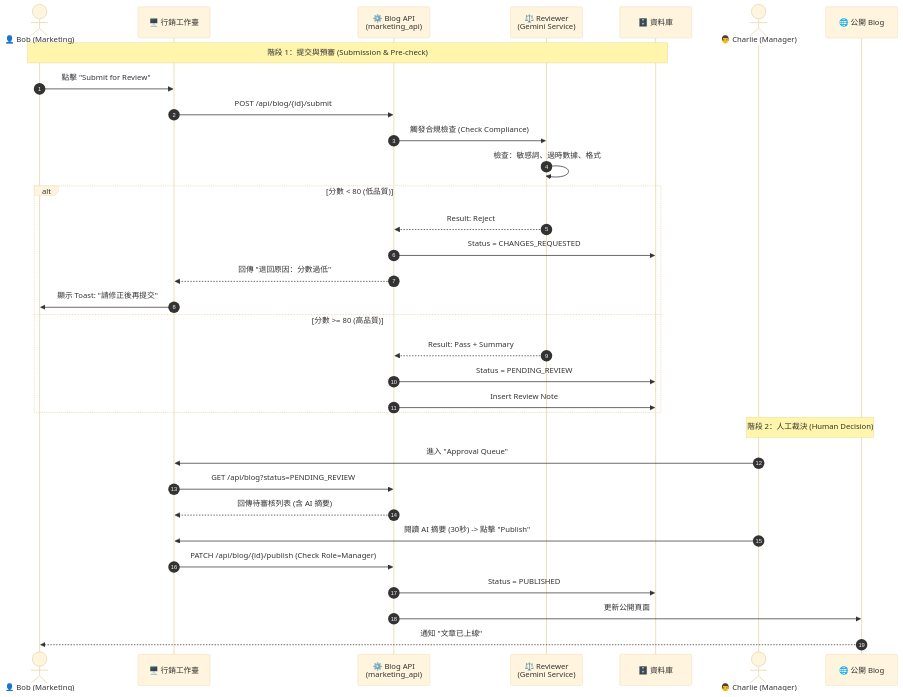
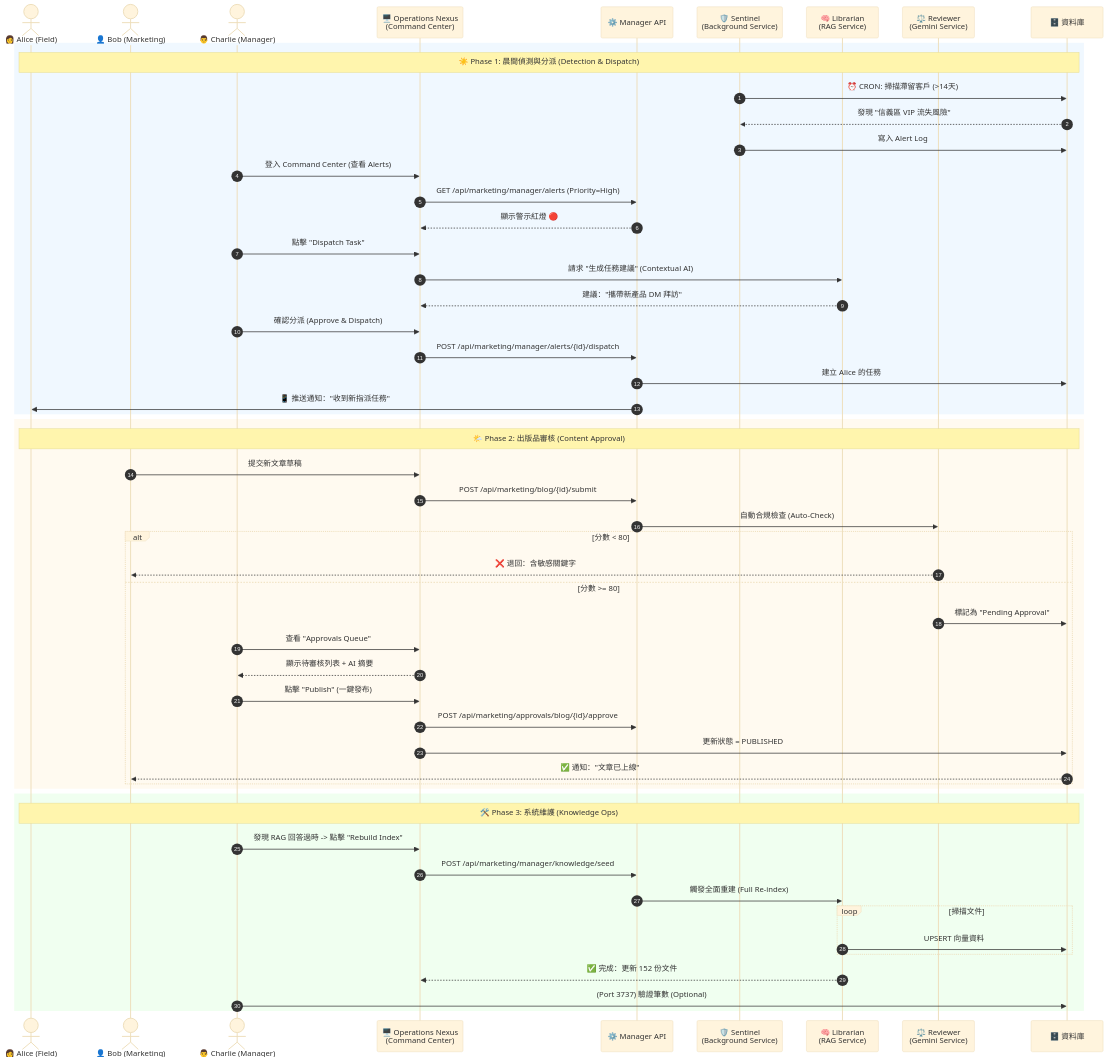
Before and after one commit to info-vin/Archon: the diagram in PRPs/Phase_4.6.3_Charlie_Persona_Workflows.md, drawn with Mermaid (base theme). The commit also changed other lines of this file and 6 other files, not shown here.

````diff
--- a/PRPs/Phase_4.6.3_Charlie_Persona_Workflows.md
+++ b/PRPs/Phase_4.6.3_Charlie_Persona_Workflows.md
@@ -85,41 +40,80 @@
 ```mermaid
 sequenceDiagram
     autonumber
+    actor Alice as 👩 Alice (Field)
     actor Bob as 👤 Bob (Marketing)
-    participant UI as 🖥️ 行銷工作臺
-    participant API as ⚙️ Blog API<br>(marketing_api)
+    actor Charlie as 👨 Charlie (Manager)
+    participant UI as 🖥️ Operations Nexus<br>(Command Center)
+    participant API as ⚙️ Manager API
+    participant Sentinel as 🛡️ Sentinel<br>(Background Service)
+    participant Librarian as 🧠 Librarian<br>(RAG Service)
     participant Reviewer as ⚖️ Reviewer<br>(Gemini Service)
     participant DB as 🗄️ 資料庫
-    actor Charlie as 👨 Charlie (Manager)
-    participant Pub as 🌐 公開 Blog
 
-    %% 1. 提交與預審 (機器把關)
-    Note over Bob, DB: 階段 1：提交與預審 (Submission & Pre-check)
-    Bob->>UI: 點擊 "Submit for Review"
-    UI->>API: POST /api/blog/{id}/submit
-    API->>Reviewer: 觸發合規檢查 (Check Compliance)
-    Reviewer->>Reviewer: 檢查：敏感詞、過時數據、格式
+    %% ==========================================
+    %% 晨間例行 (Morning Routine): 異常偵測與分派
+    %% ==========================================
+    rect rgb(240, 248, 255)
+    Note over Alice, DB: ☀️ Phase 1: 晨間偵測與分派 (Detection & Dispatch)
     
-    alt 分數 < 80 (低品質)
-        Reviewer-->>API: Result: Reject
-        API->>DB: Status = CHANGES_REQUESTED
-        API-->>UI: 回傳 "退回原因：分數過低"
-        UI->>Bob: 顯示 Toast: "請修正後再提交"
-    else 分數 >= 80 (高品質)
-        Reviewer-->>API: Result: Pass + Summary
-        API->>DB: Status = PENDING_REVIEW
-        API->>DB: Insert Review Note
+    %% 背景掃描
+    Sentinel->>DB: ⏰ CRON: 掃描滯留客戶 (>14天)
+    DB-->>Sentinel: 發現 "信義區 VIP 流失風險"
+    Sentinel->>DB: 寫入 Alert Log
+    
+    %% 經理介入
+    Charlie->>UI: 登入 Command Center (查看 Alerts)
+    UI->>API: GET /api/marketing/manager/alerts (Priority=High)
+    API-->>UI: 顯示警示紅燈 🔴
+    
+    Charlie->>UI: 點擊 "Dispatch Task"
+    UI->>Librarian: 請求 "生成任務建議" (Contextual AI)
+    Librarian-->>UI: 建議："攜帶新產品 DM 拜訪"
+    
+    Charlie->>UI: 確認分派 (Approve & Dispatch)
+    UI->>API: POST /api/marketing/manager/alerts/{id}/dispatch
+    API->>DB: 建立 Alice 的任務
+    API->>Alice: 📱 推送通知："收到新指派任務"
+    end
+    
+    %% ==========================================
+    %% 下午例行 (Afternoon Routine): 內容把關
+    %% ==========================================
+    rect rgb(255, 250, 240)
+    Note over Alice, DB: 🌤️ Phase 2: 出版品審核 (Content Approval)
+    
+    Bob->>UI: 提交新文章草稿
+    UI->>API: POST /api/marketing/blog/{id}/submit
+    API->>Reviewer: 自動合規檢查 (Auto-Check)
+    
+    alt 分數 < 80
+        Reviewer-->>Bob: ❌ 退回：含敏感關鍵字
+    else 分數 >= 80
+        Reviewer->>DB: 標記為 "Pending Approval"
+        Charlie->>UI: 查看 "Approvals Queue"
+        UI-->>Charlie: 顯示待審核列表 + AI 摘要
+        Charlie->>UI: 點擊 "Publish" (一鍵發布)
+        UI->>API: POST /api/marketing/approvals/blog/{id}/approve
+        UI->>DB: 更新狀態 = PUBLISHED
+        DB-->>Bob: ✅ 通知："文章已上線"
+    end
     end
 
-    %% 2. 快速決策 (人工裁決)
-    Note over Charlie, Pub: 階段 2：人工裁決 (Human Decision)
-    Charlie->>UI: 進入 "Approval Queue"
-    UI->>API: GET /api/blog?status=PENDING_REVIEW
-    API-->>UI: 回傳待審核列表 (含 AI 摘要)
+    %% ==========================================
+    %% 系統維護 (System Ops): 知識庫重置
+    %% ==========================================
+    rect rgb(240, 255, 240)
+    Note over Alice, DB: 🛠️ Phase 3: 系統維護 (Knowledge Ops)
     
-    Charlie->>UI: 閱讀 AI 摘要 (30秒) -> 點擊 "Publish"
-    UI->>API: PATCH /api/blog/{id}/publish (Check Role=Manager)
-    API->>DB: Status = PUBLISHED
-    API->>Pub: 更新公開頁面
-    Pub-->>Bob: 通知 "文章已上線"
+    Charlie->>UI: 發現 RAG 回答過時 -> 點擊 "Rebuild Index"
+    UI->>API: POST /api/marketing/manager/knowledge/seed
+    API->>Librarian: 觸發全面重建 (Full Re-index)
+    loop 掃描文件
+        Librarian->>DB: UPSERT 向量資料
+    end
+    Librarian-->>UI: ✅ 完成：更新 152 份文件
+    
+    %% 驗證
+    Charlie->>DB: (Port 3737) 驗證筆數 (Optional)
+    end
 ```
````
